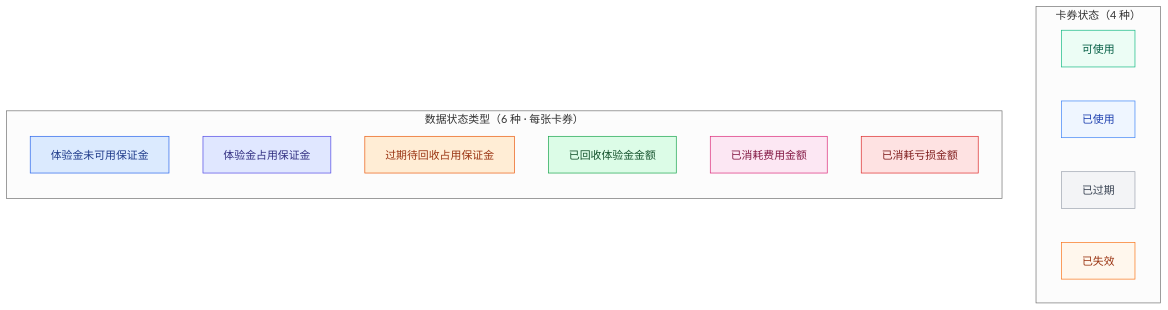
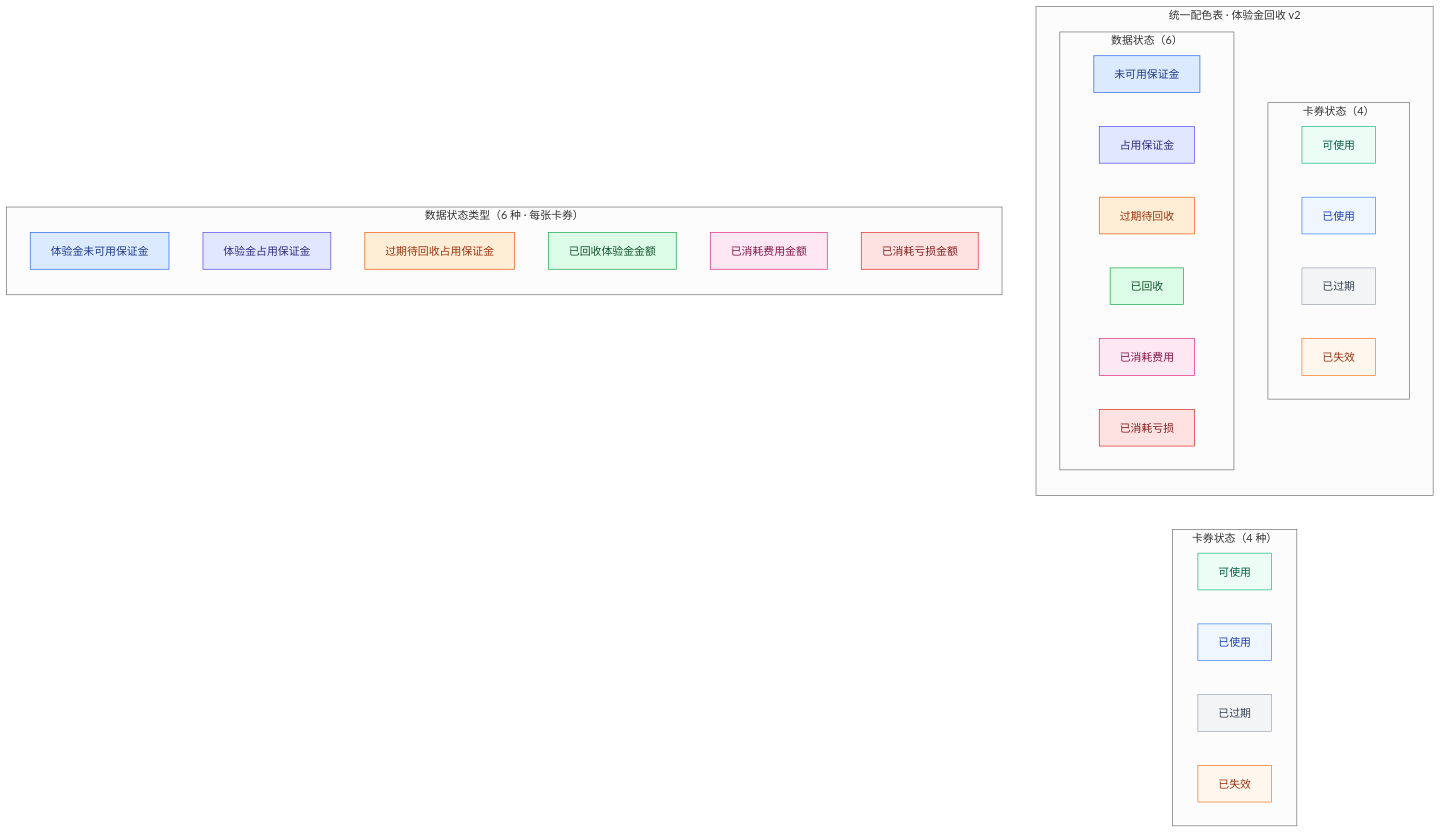
The diagram in perp_dex/流程图/体验金回收-类型配色.mmd (DashuaibiZZY/prototype), drawn with Mermaid (neutral theme) before and after one commit. The commit also changed 4 other files, not shown here.

Commit message:
docs: add unified color legend at top of all trial fund flowcharts

```diff
--- a/perp_dex/流程图/体验金回收-类型配色.mmd
+++ b/perp_dex/流程图/体验金回收-类型配色.mmd
@@ -1,40 +1,62 @@
 flowchart TB
+    subgraph LEGEND["统一配色表 · 体验金回收 v2"]
+        direction TB
+        subgraph L_C["卡券状态（4）"]
+            direction LR
+            LC1["可使用"]
+            LC2["已使用"]
+            LC3["已过期"]
+            LC4["已失效"]
+        end
+        subgraph L_D["数据状态（6）"]
+            direction LR
+            LD1["未可用保证金"]
+            LD2["占用保证金"]
+            LD3["过期待回收"]
+            LD4["已回收"]
+            LD5["已消耗费用"]
+            LD6["已消耗亏损"]
+        end
+    end
+
     subgraph 卡券状态["卡券状态（4 种）"]
         direction LR
         C1["可使用"]
         C2["已使用"]
         C3["已过期"]
         C4["已失效"]
     end
 
     subgraph 数据状态["数据状态类型（6 种 · 每张卡券）"]
         direction TB
         D1["体验金未可用保证金"]
         D2["体验金占用保证金"]
         D3["过期待回收占用保证金"]
         D4["已回收体验金金额"]
         D5["已消耗费用金额"]
         D6["已消耗亏损金额"]
     end
 
+    LEGEND ~~~ 卡券状态
+
     classDef cAvail fill:#ecfdf5,stroke:#10b981,color:#065f46
     classDef cUsed fill:#eff6ff,stroke:#3b82f6,color:#1e40af
     classDef cExpired fill:#f3f4f6,stroke:#9ca3af,color:#374151
     classDef cInvalid fill:#fff7ed,stroke:#f97316,color:#9a3412
     classDef dAvail fill:#dbeafe,stroke:#2563eb,color:#1e3a8a
     classDef dOcc fill:#e0e7ff,stroke:#4f46e5,color:#312e81
     classDef dPending fill:#ffedd5,stroke:#ea580c,color:#9a3412
     classDef dReclaimed fill:#dcfce7,stroke:#16a34a,color:#14532d
     classDef dFee fill:#fce7f3,stroke:#db2777,color:#831843
     classDef dLoss fill:#fee2e2,stroke:#dc2626,color:#7f1d1d
 
-    class C1 cAvail
-    class C2 cUsed
-    class C3 cExpired
-    class C4 cInvalid
-    class D1 dAvail
-    class D2 dOcc
-    class D3 dPending
-    class D4 dReclaimed
-    class D5 dFee
-    class D6 dLoss
+    class LC1,C1 cAvail
+    class LC2,C2 cUsed
+    class LC3,C3 cExpired
+    class LC4,C4 cInvalid
+    class LD1,D1 dAvail
+    class LD2,D2 dOcc
+    class LD3,D3 dPending
+    class LD4,D4 dReclaimed
+    class LD5,D5 dFee
+    class LD6,D6 dLoss
```
